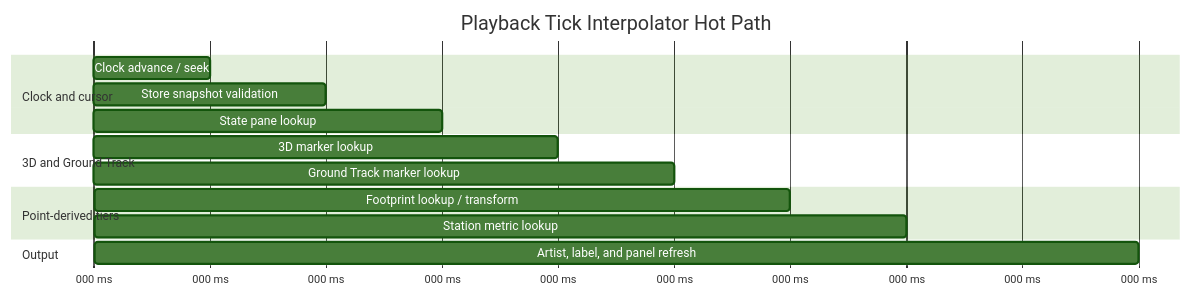
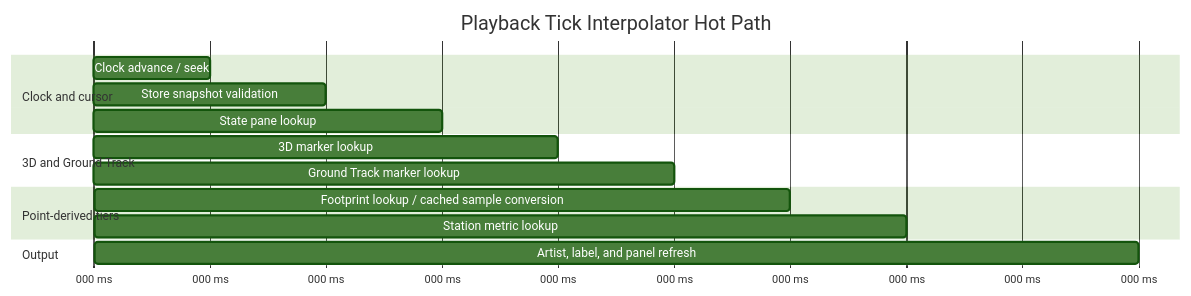
Before and after one commit to jeongyunl/ephem-toolkit: the fifth of 7 diagrams in docs/architecture/play-oem/PLAY_OEM_INTERPOLATION.md, drawn with Mermaid (forest theme). The commit also changed other lines of this file and 23 other files, not shown here.

````diff
--- a/docs/architecture/play-oem/PLAY_OEM_INTERPOLATION.md
+++ b/docs/architecture/play-oem/PLAY_OEM_INTERPOLATION.md
@@ -379,18 +368,18 @@
 ```mermaid
 gantt
     title Playback Tick Interpolator Hot Path
     dateFormat X
     axisFormat %L ms
     section Clock and cursor
     Clock advance / seek           :0, 1
     Store snapshot validation      :1, 2
     State pane lookup              :2, 3
     section 3D and Ground Track
     3D marker lookup               :3, 4
     Ground Track marker lookup     :4, 5
     section Point-derived tiers
-    Footprint lookup / transform   :5, 6
+    Footprint lookup / cached sample conversion :5, 6
     Station metric lookup          :6, 7
     section Output
     Artist, label, and panel refresh:7, 9
 ```
````
